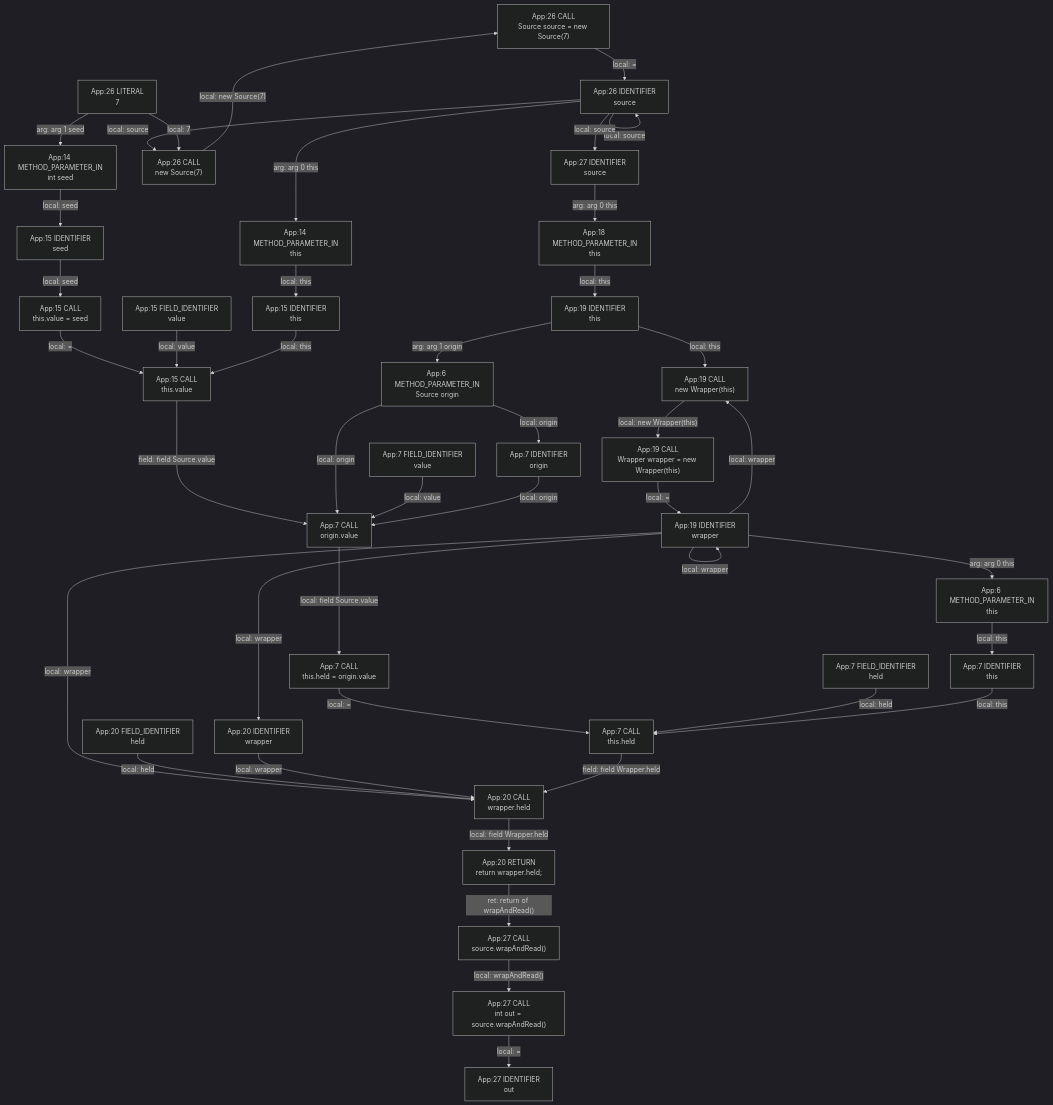
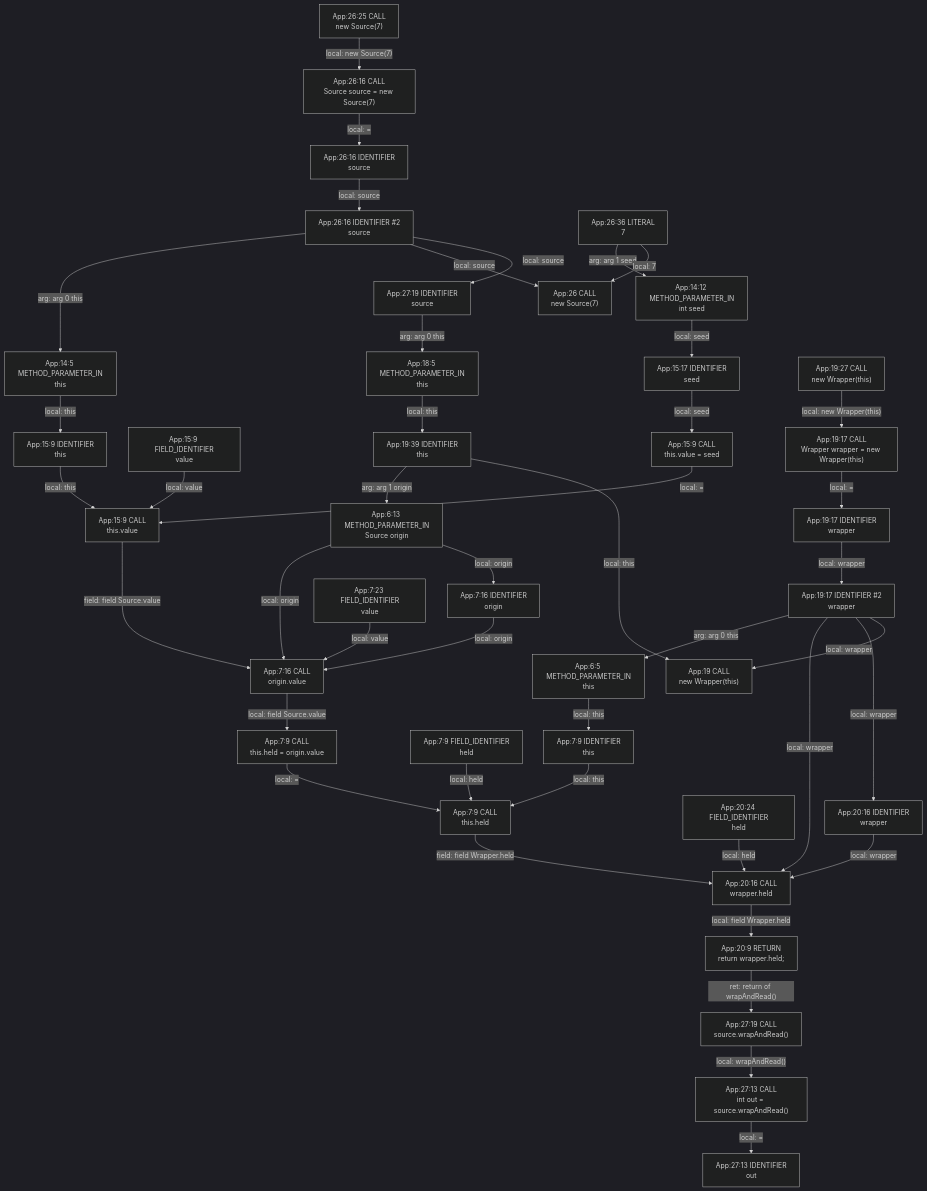
Before and after one commit to gstiebler/codeflow: the diagram in app/src/test/resources/thisReference/spike-truth.md, drawn with Mermaid (dark theme). The commit also changed 154 other files, not shown here.

````diff
--- a/app/src/test/resources/thisReference/spike-truth.md
+++ b/app/src/test/resources/thisReference/spike-truth.md
@@ -3,78 +3,82 @@
 ```mermaid
 flowchart TD
-  n0["App:14 METHOD_PARAMETER_IN<br/>int seed"]
-  n1["App:14 METHOD_PARAMETER_IN<br/>this"]
-  n2["App:15 CALL<br/>this.value"]
-  n3["App:15 CALL<br/>this.value = seed"]
-  n4["App:15 FIELD_IDENTIFIER<br/>value"]
-  n5["App:15 IDENTIFIER<br/>seed"]
-  n6["App:15 IDENTIFIER<br/>this"]
-  n7["App:18 METHOD_PARAMETER_IN<br/>this"]
-  n8["App:19 CALL<br/>Wrapper wrapper = new Wrapper(this)"]
-  n9["App:19 CALL<br/>new Wrapper(this)"]
-  n10["App:19 IDENTIFIER<br/>this"]
-  n11["App:19 IDENTIFIER<br/>wrapper"]
-  n12["App:20 CALL<br/>wrapper.held"]
-  n13["App:20 FIELD_IDENTIFIER<br/>held"]
-  n14["App:20 IDENTIFIER<br/>wrapper"]
-  n15["App:20 RETURN<br/>return wrapper.held;"]
-  n16["App:26 CALL<br/>Source source = new Source(7)"]
-  n17["App:26 CALL<br/>new Source(7)"]
-  n18["App:26 IDENTIFIER<br/>source"]
-  n19["App:26 LITERAL<br/>7"]
-  n20["App:27 CALL<br/>int out = source.wrapAndRead()"]
-  n21["App:27 CALL<br/>source.wrapAndRead()"]
-  n22["App:27 IDENTIFIER<br/>out"]
-  n23["App:27 IDENTIFIER<br/>source"]
-  n24["App:6 METHOD_PARAMETER_IN<br/>Source origin"]
-  n25["App:6 METHOD_PARAMETER_IN<br/>this"]
-  n26["App:7 CALL<br/>origin.value"]
-  n27["App:7 CALL<br/>this.held"]
-  n28["App:7 CALL<br/>this.held = origin.value"]
-  n29["App:7 FIELD_IDENTIFIER<br/>held"]
-  n30["App:7 FIELD_IDENTIFIER<br/>value"]
-  n31["App:7 IDENTIFIER<br/>origin"]
-  n32["App:7 IDENTIFIER<br/>this"]
-  n0 -->|"local: seed"| n5
+  n0["App:14:12 METHOD_PARAMETER_IN<br/>int seed"]
+  n1["App:14:5 METHOD_PARAMETER_IN<br/>this"]
+  n2["App:15:17 IDENTIFIER<br/>seed"]
+  n3["App:15:9 CALL<br/>this.value"]
+  n4["App:15:9 CALL<br/>this.value = seed"]
+  n5["App:15:9 FIELD_IDENTIFIER<br/>value"]
+  n6["App:15:9 IDENTIFIER<br/>this"]
+  n7["App:18:5 METHOD_PARAMETER_IN<br/>this"]
+  n8["App:19 CALL<br/>new Wrapper(this)"]
+  n9["App:19:17 CALL<br/>Wrapper wrapper = new Wrapper(this)"]
+  n10["App:19:17 IDENTIFIER #2<br/>wrapper"]
+  n11["App:19:17 IDENTIFIER<br/>wrapper"]
+  n12["App:19:27 CALL<br/>new Wrapper(this)"]
+  n13["App:19:39 IDENTIFIER<br/>this"]
+  n14["App:20:16 CALL<br/>wrapper.held"]
+  n15["App:20:16 IDENTIFIER<br/>wrapper"]
+  n16["App:20:24 FIELD_IDENTIFIER<br/>held"]
+  n17["App:20:9 RETURN<br/>return wrapper.held;"]
+  n18["App:26 CALL<br/>new Source(7)"]
+  n19["App:26:16 CALL<br/>Source source = new Source(7)"]
+  n20["App:26:16 IDENTIFIER #2<br/>source"]
+  n21["App:26:16 IDENTIFIER<br/>source"]
+  n22["App:26:25 CALL<br/>new Source(7)"]
+  n23["App:26:36 LITERAL<br/>7"]
+  n24["App:27:13 CALL<br/>int out = source.wrapAndRead()"]
+  n25["App:27:13 IDENTIFIER<br/>out"]
+  n26["App:27:19 CALL<br/>source.wrapAndRead()"]
+  n27["App:27:19 IDENTIFIER<br/>source"]
+  n28["App:6:13 METHOD_PARAMETER_IN<br/>Source origin"]
+  n29["App:6:5 METHOD_PARAMETER_IN<br/>this"]
+  n30["App:7:16 CALL<br/>origin.value"]
+  n31["App:7:16 IDENTIFIER<br/>origin"]
+  n32["App:7:23 FIELD_IDENTIFIER<br/>value"]
+  n33["App:7:9 CALL<br/>this.held"]
+  n34["App:7:9 CALL<br/>this.held = origin.value"]
+  n35["App:7:9 FIELD_IDENTIFIER<br/>held"]
+  n36["App:7:9 IDENTIFIER<br/>this"]
+  n0 -->|"local: seed"| n2
   n1 -->|"local: this"| n6
-  n10 -->|"arg: arg 1 origin"| n24
-  n10 -->|"local: this"| n9
-  n11 -->|"arg: arg 0 this"| n25
-  n11 -->|"local: wrapper"| n11
-  n11 -->|"local: wrapper"| n12
-  n11 -->|"local: wrapper"| n14
-  n11 -->|"local: wrapper"| n9
-  n12 -->|"local: field Wrapper.held"| n15
-  n13 -->|"local: held"| n12
-  n14 -->|"local: wrapper"| n12
-  n15 -->|"ret: return of wrapAndRead()"| n21
-  n16 -->|"local: ="| n18
-  n17 -->|"local: new Source(7)"| n16
-  n18 -->|"arg: arg 0 this"| n1
-  n18 -->|"local: source"| n17
-  n18 -->|"local: source"| n18
-  n18 -->|"local: source"| n23
-  n19 -->|"arg: arg 1 seed"| n0
-  n19 -->|"local: 7"| n17
-  n2 -->|"field: field Source.value"| n26
-  n20 -->|"local: ="| n22
-  n21 -->|"local: wrapAndRead()"| n20
-  n23 -->|"arg: arg 0 this"| n7
-  n24 -->|"local: origin"| n26
-  n24 -->|"local: origin"| n31
-  n25 -->|"local: this"| n32
-  n26 -->|"local: field Source.value"| n28
-  n27 -->|"field: field Wrapper.held"| n12
-  n28 -->|"local: ="| n27
-  n29 -->|"local: held"| n27
-  n3 -->|"local: ="| n2
-  n30 -->|"local: value"| n26
-  n31 -->|"local: origin"| n26
-  n32 -->|"local: this"| n27
-  n4 -->|"local: value"| n2
-  n5 -->|"local: seed"| n3
-  n6 -->|"local: this"| n2
-  n7 -->|"local: this"| n10
-  n8 -->|"local: ="| n11
-  n9 -->|"local: new Wrapper(this)"| n8
+  n10 -->|"arg: arg 0 this"| n29
+  n10 -->|"local: wrapper"| n14
+  n10 -->|"local: wrapper"| n15
+  n10 -->|"local: wrapper"| n8
+  n11 -->|"local: wrapper"| n10
+  n12 -->|"local: new Wrapper(this)"| n9
+  n13 -->|"arg: arg 1 origin"| n28
+  n13 -->|"local: this"| n8
+  n14 -->|"local: field Wrapper.held"| n17
+  n15 -->|"local: wrapper"| n14
+  n16 -->|"local: held"| n14
+  n17 -->|"ret: return of wrapAndRead()"| n26
+  n19 -->|"local: ="| n21
+  n2 -->|"local: seed"| n4
+  n20 -->|"arg: arg 0 this"| n1
+  n20 -->|"local: source"| n18
+  n20 -->|"local: source"| n27
+  n21 -->|"local: source"| n20
+  n22 -->|"local: new Source(7)"| n19
+  n23 -->|"arg: arg 1 seed"| n0
+  n23 -->|"local: 7"| n18
+  n24 -->|"local: ="| n25
+  n26 -->|"local: wrapAndRead()"| n24
+  n27 -->|"arg: arg 0 this"| n7
+  n28 -->|"local: origin"| n30
+  n28 -->|"local: origin"| n31
+  n29 -->|"local: this"| n36
+  n3 -->|"field: field Source.value"| n30
+  n30 -->|"local: field Source.value"| n34
+  n31 -->|"local: origin"| n30
+  n32 -->|"local: value"| n30
+  n33 -->|"field: field Wrapper.held"| n14
+  n34 -->|"local: ="| n33
+  n35 -->|"local: held"| n33
+  n36 -->|"local: this"| n33
+  n4 -->|"local: ="| n3
+  n5 -->|"local: value"| n3
+  n6 -->|"local: this"| n3
+  n7 -->|"local: this"| n13
+  n9 -->|"local: ="| n11
 ```
````
